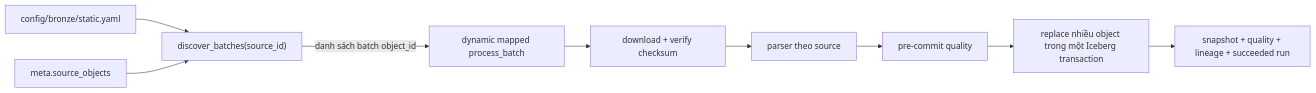
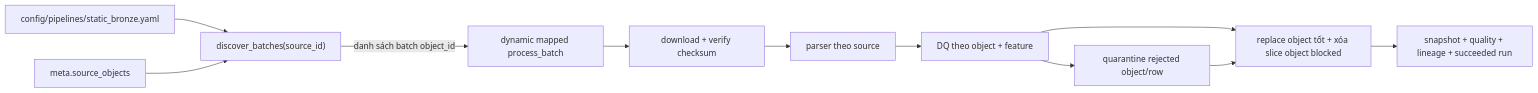
The third of 5 diagrams in docs/pipeline_architecture_and_roadmap.md (cloud-vmih/flood-lake-kg), drawn with Mermaid before and after one commit. The commit also changed other lines of this file and 463 other files, not shown here.

````diff
--- a/docs/pipeline_architecture_and_roadmap.md
+++ b/docs/pipeline_architecture_and_roadmap.md
@@ -184,11 +191,13 @@
 ```mermaid
 flowchart LR
-  C["config/bronze/static.yaml"] --> D["discover_batches(source_id)"]
+  C["config/pipelines/static_bronze.yaml"] --> D["discover_batches(source_id)"]
   SO["meta.source_objects"] --> D
   D -->|"danh sách batch object_id"| M["dynamic mapped process_batch"]
   M --> DL["download + verify checksum"]
   DL --> P["parser theo source"]
-  P --> QA["pre-commit quality"]
-  QA --> W["replace nhiều object trong một Iceberg transaction"]
+  P --> QA["DQ theo object + feature"]
+  QA --> Q["quarantine rejected object/row"]
+  QA --> W["replace object tốt + xóa slice object blocked"]
+  Q --> W
   W --> PM["snapshot + quality + lineage + succeeded run"]
 ```
````
